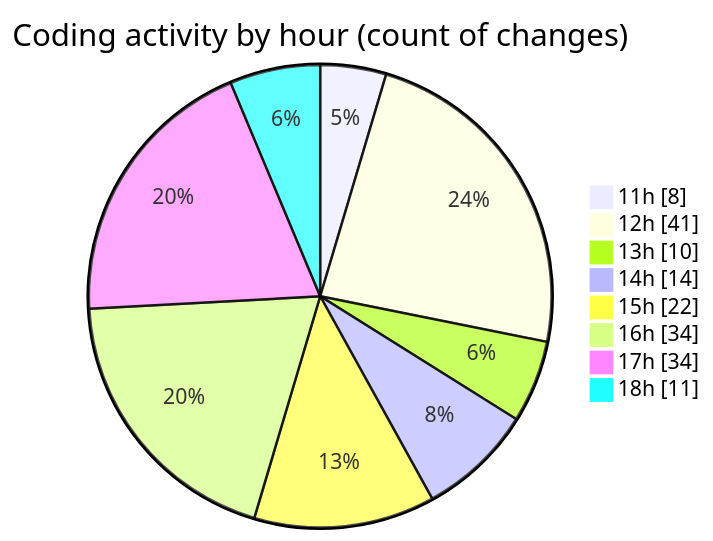
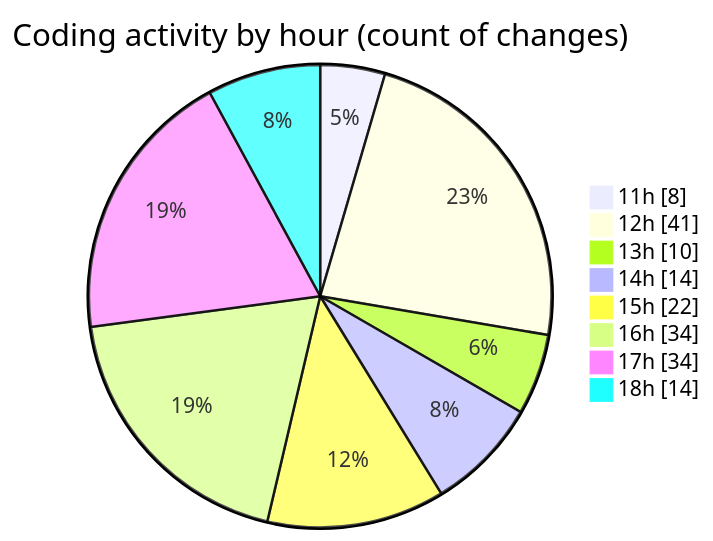
The second of 2 diagrams in 2025-05-04/project/README.md (BS-eng2023/code-tracking), drawn with Mermaid before and after one commit. The commit also changed other lines of this file and 1 other file, not shown here.

````diff
--- a/2025-05-04/project/README.md
+++ b/2025-05-04/project/README.md
@@ -54,12 +54,12 @@
 ```mermaid
 pie showData
 title Coding activity by hour (count of changes)
 "11h" : 8
 "12h" : 41
 "13h" : 10
 "14h" : 14
 "15h" : 22
 "16h" : 34
 "17h" : 34
-"18h" : 11
+"18h" : 14
 ```
````
